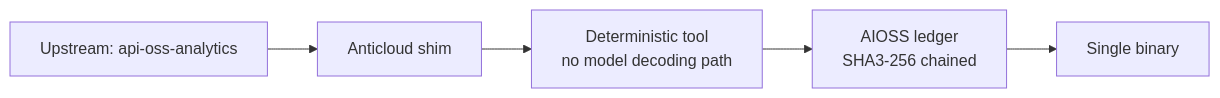
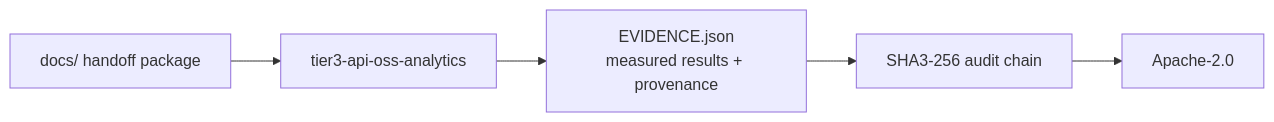
Before and after one commit to the-anticloud/tier3-api-oss-analytics: the diagram in README.md, drawn with Mermaid. The commit also changed other lines of this file and 10 other files, not shown here.

````diff
--- a/README.md
+++ b/README.md
@@ -11,7 +22,7 @@
 ```mermaid
 graph LR
-    U[Upstream: api-oss-analytics] --> S[Anticloud shim]
-    S --> T[Deterministic tool<br/>no model decoding path]
-    T --> A[AIOSS ledger<br/>SHA3-256 chained]
-    A --> B[Single binary]
+    D[docs/ handoff package] --> R[tier3-api-oss-analytics]
+    R --> E[EVIDENCE.json\nmeasured results + provenance]
+    E --> A[SHA3-256 audit chain]
+    A --> L[Apache-2.0]
 ```
````
